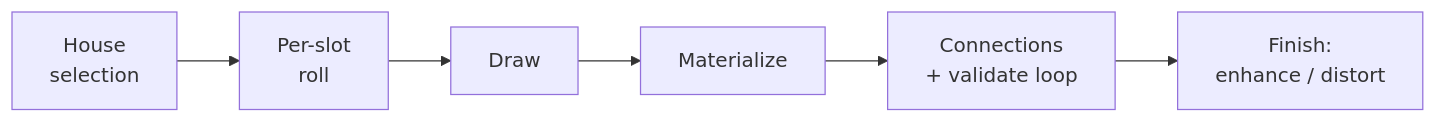
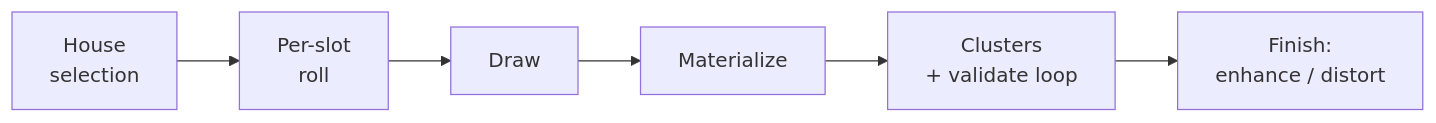
The diagram in docs/deck-generation.md (dmikalova/vex), drawn with Mermaid before and after one commit. The commit also changed other lines of this file and 111 other files, not shown here.

````diff
--- a/docs/deck-generation.md
+++ b/docs/deck-generation.md
@@ -74,12 +74,12 @@
 ```mermaid
 flowchart LR
   H["House
   selection"] --> R["Per-slot
   roll"]
   R --> D["Draw"]
   D --> M["Materialize"]
-  M --> C["Connections
+  M --> C["Clusters
   + validate loop"]
   C --> F["Finish:
   enhance / distort"]
 ```
````
